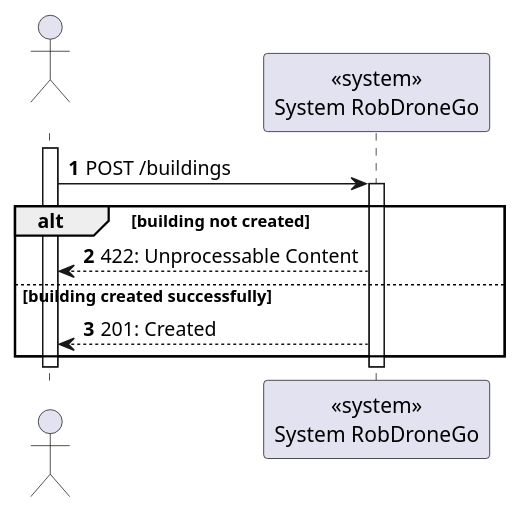
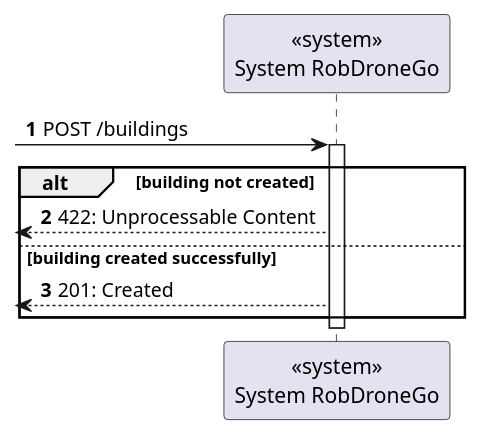
Before and after one commit to Departamento-de-Engenharia-Informatica/lapr5-23-24-g19: the diagram in docs/us150/level1/process_view.puml, drawn with PlantUML. The commit also changed 7 other files, not shown here.

```diff
--- a/docs/us150/level1/process_view.puml
+++ b/docs/us150/level1/process_view.puml
@@ -1,20 +1,16 @@
 @startuml
 autonumber
 
-actor " " as actor
 participant "<<system>>\nSystem RobDroneGo" as sys
 
-activate actor
-    actor -> sys: POST /buildings
+[-> sys: POST /buildings
 
-    activate sys
+activate sys
     alt building not created
-        sys --> actor : 422: Unprocessable Content
+        [<-- sys : 422: Unprocessable Content
     else building created successfully
-        sys --> actor : 201: Created
+        [<-- sys : 201: Created
     end
-    deactivate sys
-deactivate actor
-
+deactivate sys
 
 @enduml
```
